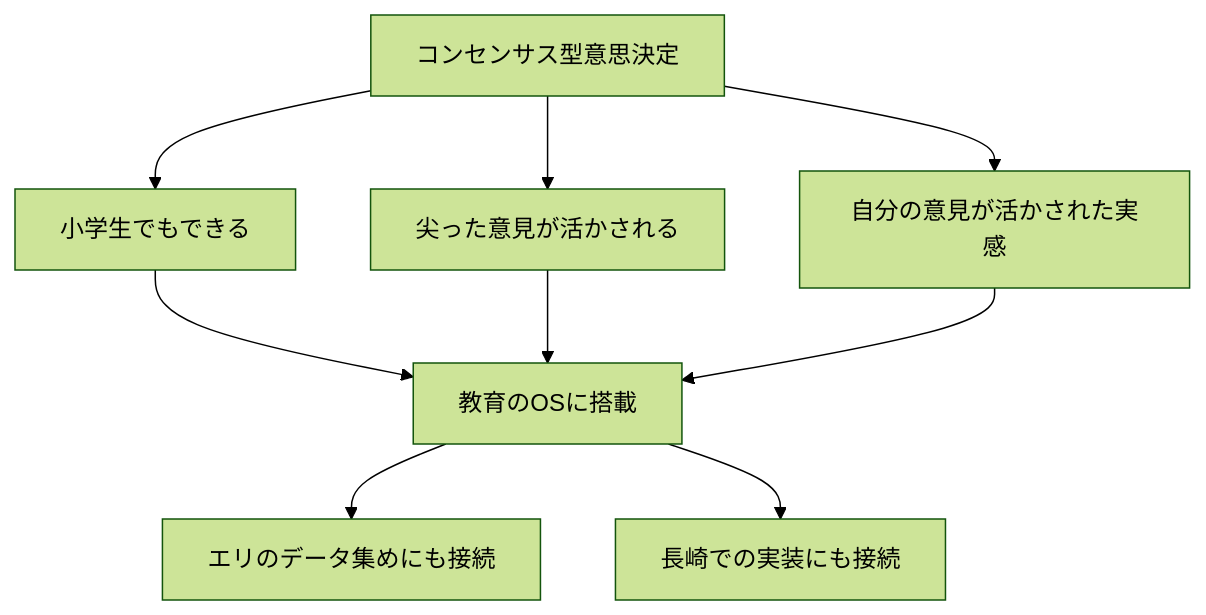
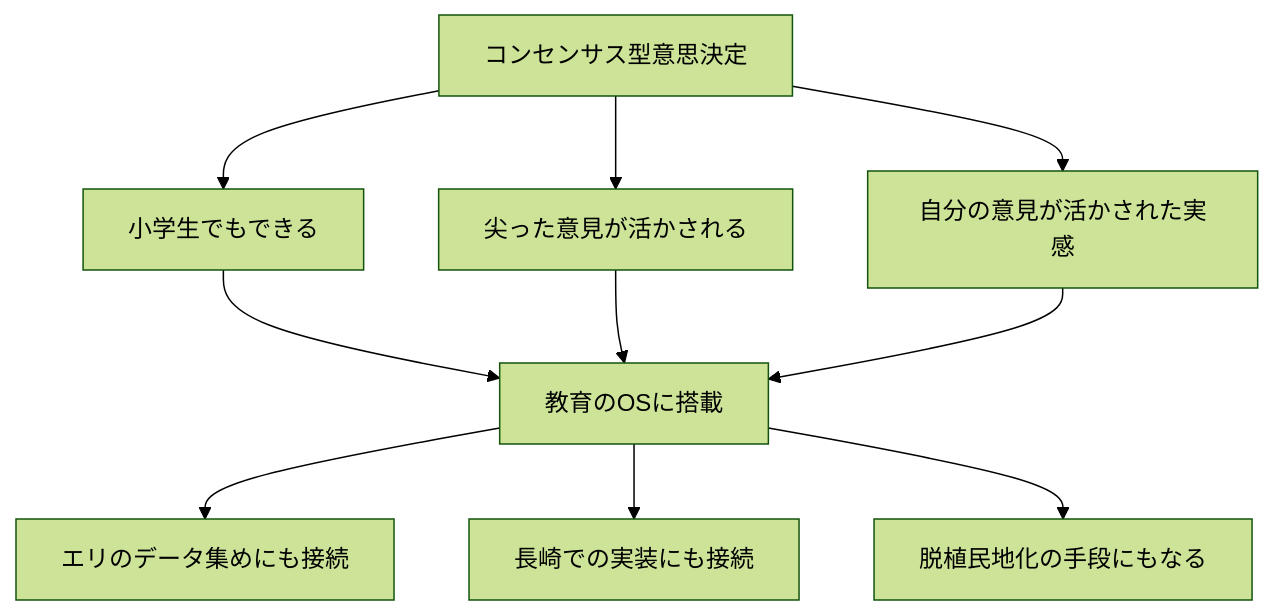
Diagram 11 of 17 in プラネタリーラーニング運営MTG_20260604.md (VOMOYA/planetary-learning-mtg-reports), drawn with Mermaid (forest theme) before and after one commit. The commit also changed other lines of this file, not shown here.

````diff
--- a/プラネタリーラーニング運営MTG_20260604.md
+++ b/プラネタリーラーニング運営MTG_20260604.md
@@ -267,11 +375,12 @@
 ```mermaid
 graph TD
   A[コンセンサス型意思決定] --> B[小学生でもできる]
   A --> C[尖った意見が活かされる]
   A --> D[自分の意見が活かされた実感]
   B --> E[教育のOSに搭載]
   C --> E
   D --> E
   E --> F[エリのデータ集めにも接続]
   E --> G[長崎での実装にも接続]
+  E --> H[脱植民地化の手段にもなる]
 ```
````
